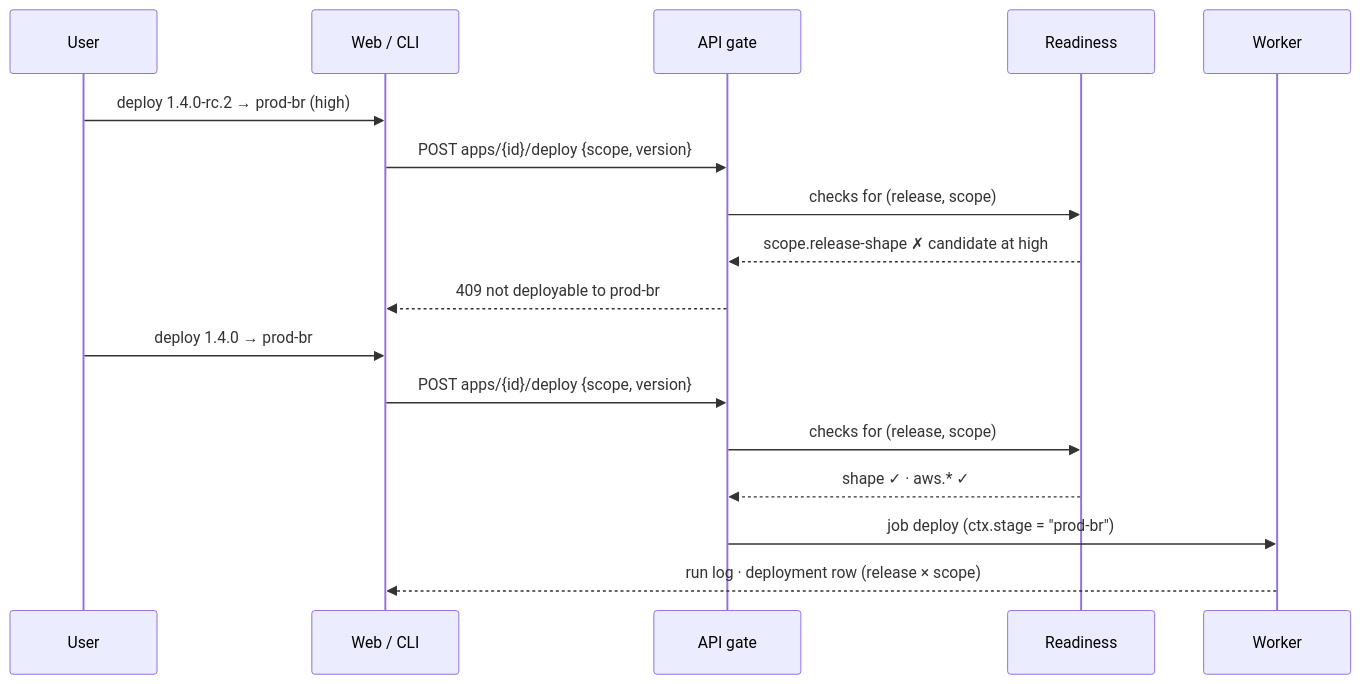
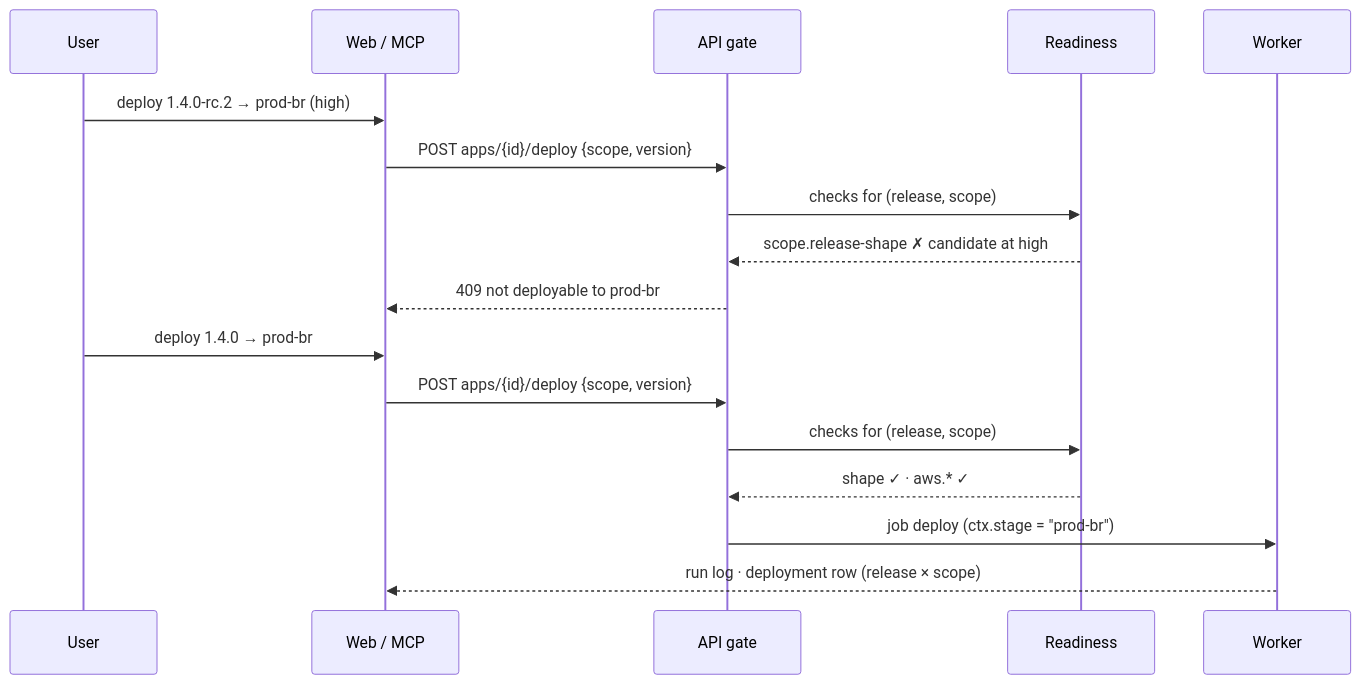
The third of 4 diagrams in docs/concept_scopes.md (actionplatform/action-platform), drawn with Mermaid before and after one commit. The commit also changed other lines of this file, not shown here.

````diff
--- a/docs/concept_scopes.md
+++ b/docs/concept_scopes.md
@@ -102,19 +102,19 @@
 ```mermaid
 sequenceDiagram
     participant U as User
-    participant W as Web / CLI
+    participant W as Web / MCP
     participant A as API gate
     participant R as Readiness
     participant K as Worker
     U->>W: deploy 1.4.0-rc.2 → prod-br (high)
     W->>A: POST apps/{id}/deploy {scope, version}
     A->>R: checks for (release, scope)
     R-->>A: scope.release-shape ✗ candidate at high
     A-->>W: 409 not deployable to prod-br
     U->>W: deploy 1.4.0 → prod-br
     W->>A: POST apps/{id}/deploy {scope, version}
     A->>R: checks for (release, scope)
     R-->>A: shape ✓ · aws.* ✓
     A->>K: job deploy (ctx.stage = "prod-br")
     K-->>W: run log · deployment row (release × scope)
 ```
````
